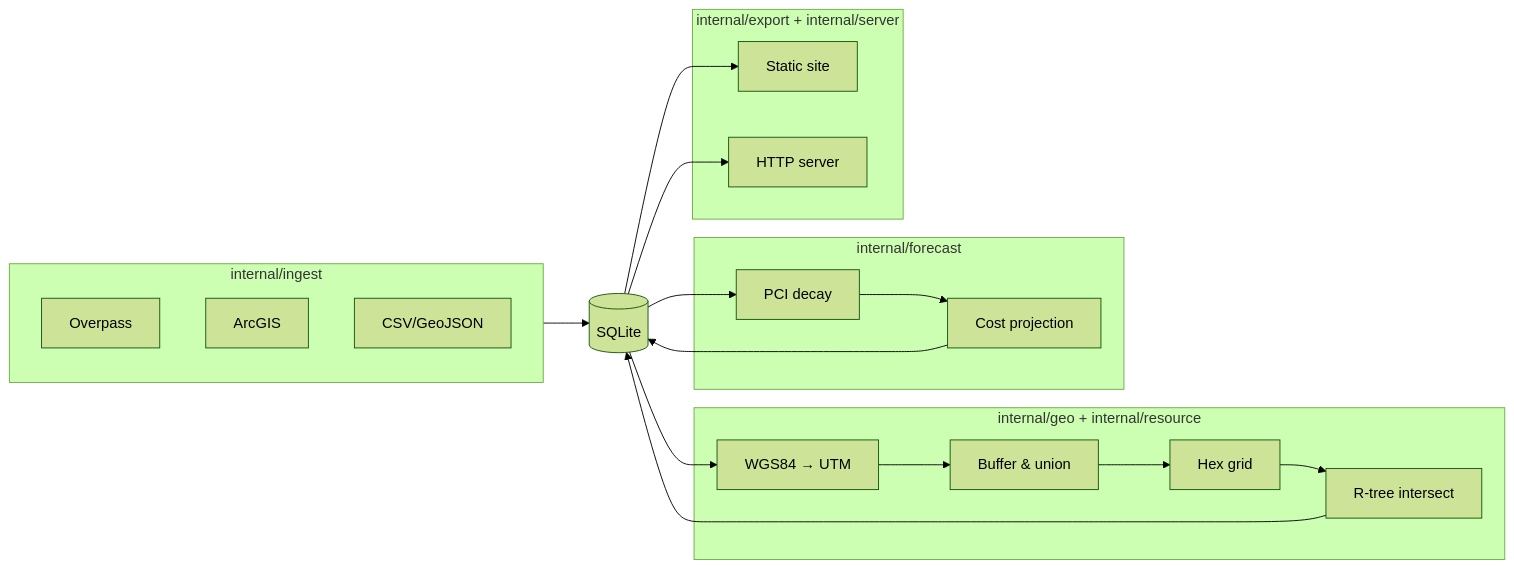
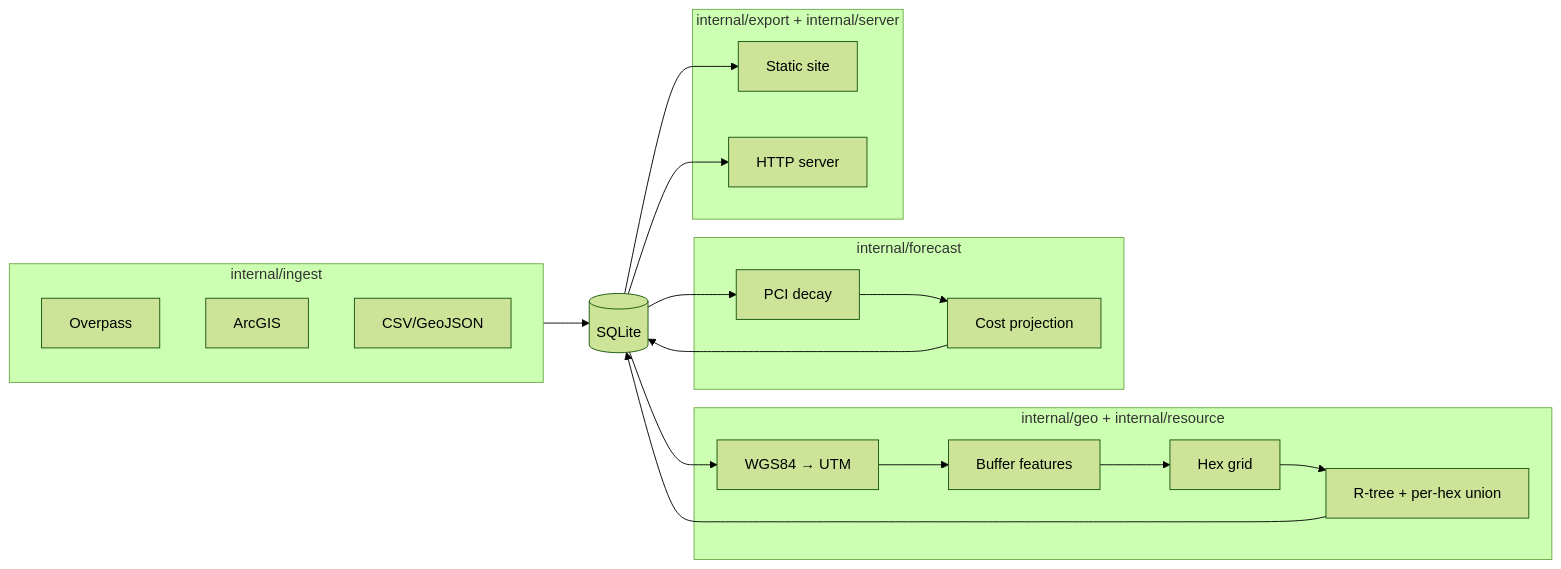
Before and after one commit to jcrussell/solvent-streets: the first of 4 diagrams in docs/architecture.md, drawn with Mermaid (forest theme). The commit also changed other lines of this file and 20 other files, not shown here.

First line of the commit message:
Drop city-wide union pass; compute coverage per-hex

````diff
--- a/docs/architecture.md
+++ b/docs/architecture.md
@@ -5,31 +5,31 @@
 ```mermaid
 flowchart LR
     subgraph Ingest ["internal/ingest"]
         Overpass
         ArcGIS
         CSV/GeoJSON
     end
 
     subgraph Compute ["internal/geo + internal/resource"]
         Project["WGS84 → UTM"]
-        Buffer["Buffer & union"]
+        Buffer["Buffer features"]
         HexGrid["Hex grid"]
-        RTree["R-tree intersect"]
+        RTree["R-tree + per-hex union"]
     end
 
     subgraph Forecast ["internal/forecast"]
         PCI["PCI decay"]
         Cost["Cost projection"]
     end
 
     subgraph Output ["internal/export + internal/server"]
         Export["Static site"]
         Serve["HTTP server"]
     end
 
     Ingest --> DB[(SQLite)]
     DB --> Project --> Buffer --> HexGrid --> RTree --> DB
     DB --> PCI --> Cost --> DB
     DB --> Export
     DB --> Serve
 ```
````
